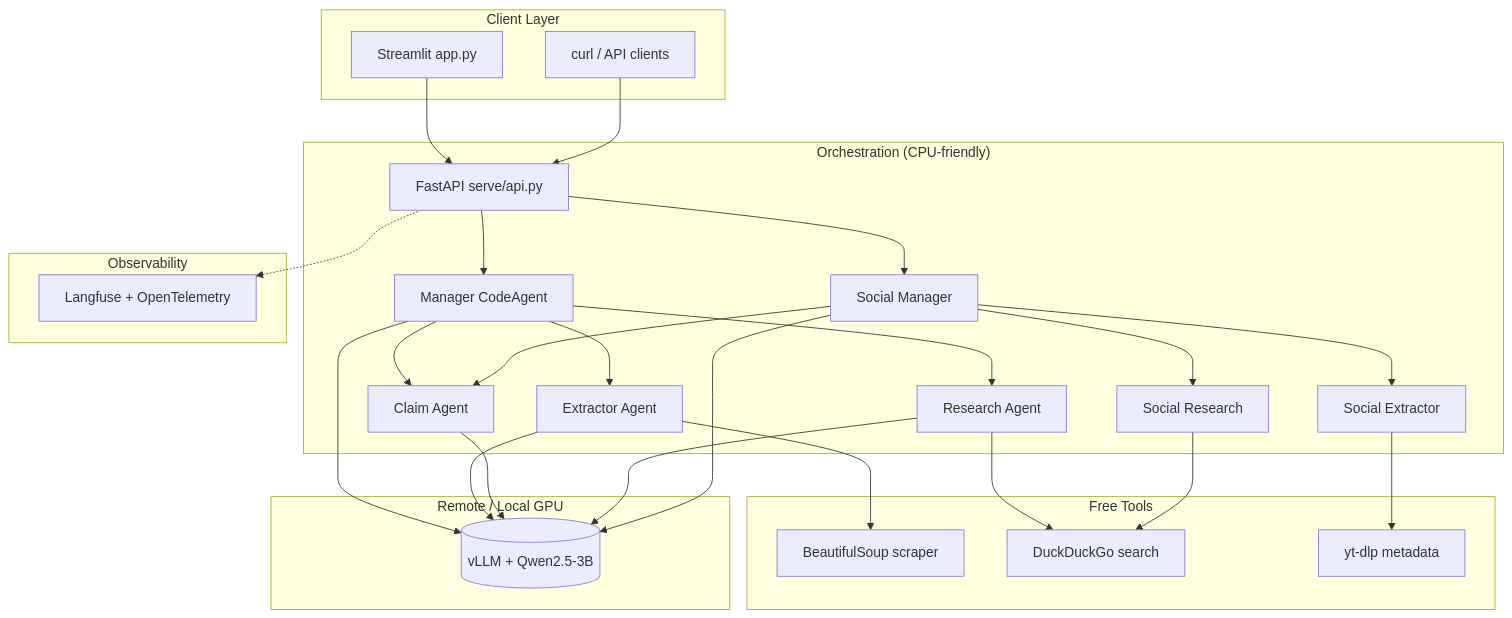
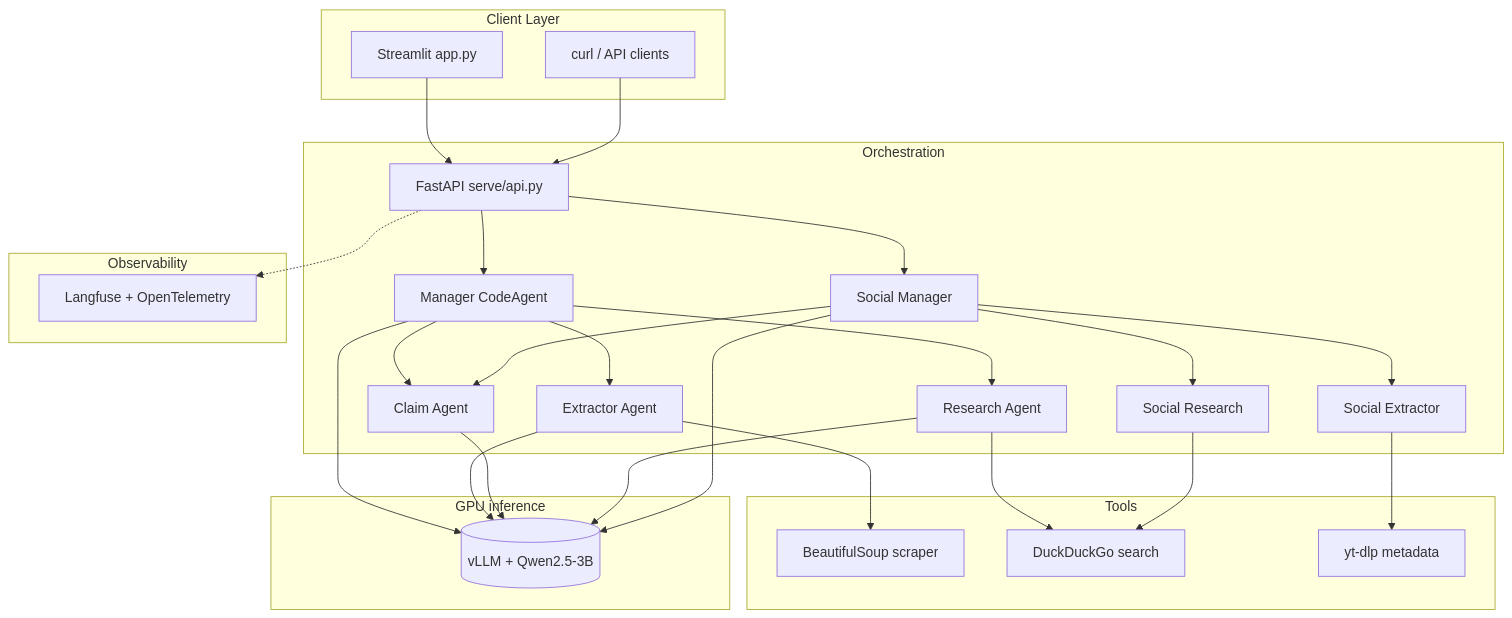
Before and after one commit to itsvaidahipatel/automated-fact-checking-pipeline: the diagram in README.md, drawn with Mermaid. The commit also changed other lines of this file, not shown here.

````diff
--- a/README.md
+++ b/README.md
@@ -25,49 +23,49 @@
 ```mermaid
 flowchart TB
     subgraph Client["Client Layer"]
         UI[Streamlit app.py]
         Curl[curl / API clients]
     end
 
-    subgraph Orchestration["Orchestration (CPU-friendly)"]
+    subgraph Orchestration["Orchestration"]
         API[FastAPI serve/api.py]
         Mgr[Manager CodeAgent]
         Ext[Extractor Agent]
         Clm[Claim Agent]
         Res[Research Agent]
         SocMgr[Social Manager]
         SocExt[Social Extractor]
         SocRes[Social Research]
     end
 
-    subgraph Tools["Free Tools"]
+    subgraph Tools["Tools"]
         BS[BeautifulSoup scraper]
         DDG[DuckDuckGo search]
         YT[yt-dlp metadata]
     end
 
-    subgraph Inference["Remote / Local GPU"]
+    subgraph Inference["GPU inference"]
         VLLM[(vLLM + Qwen2.5-3B)]
     end
 
     subgraph Observability["Observability"]
         LF[Langfuse + OpenTelemetry]
     end
 
     UI --> API
     Curl --> API
     API --> Mgr
     API --> SocMgr
     Mgr --> Ext --> BS
     Mgr --> Clm
     Mgr --> Res --> DDG
     SocMgr --> SocExt --> YT
     SocMgr --> Clm
     SocMgr --> SocRes --> DDG
     Mgr --> VLLM
     Ext --> VLLM
     Clm --> VLLM
     Res --> VLLM
     SocMgr --> VLLM
     API -.-> LF
 ```
````
